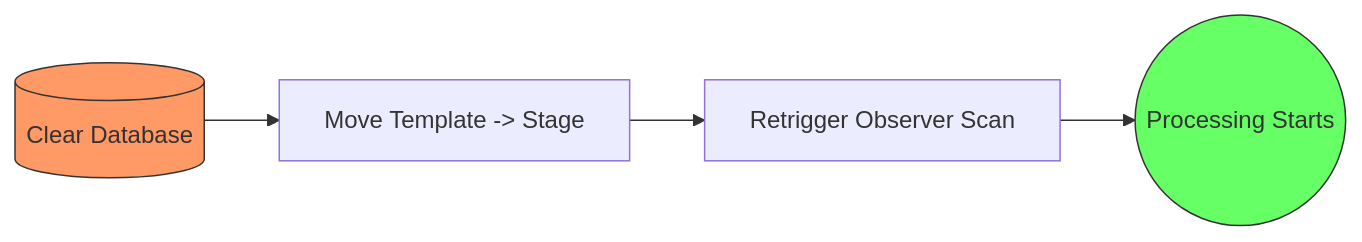
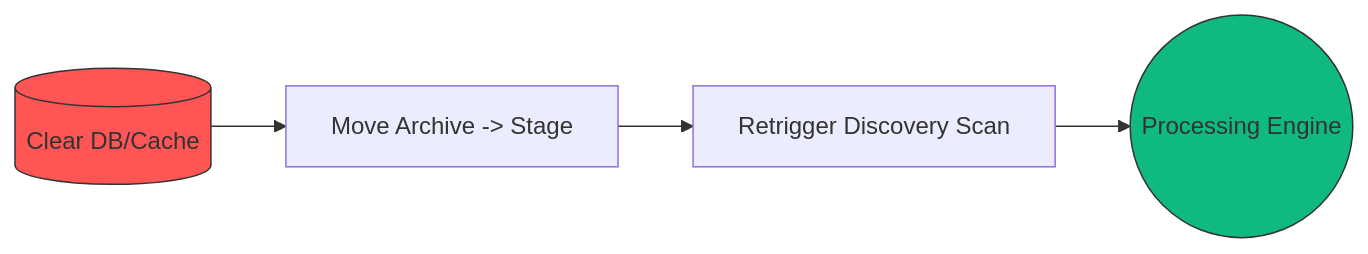
One commit to gnemet/SlideForge changed the second of 2 diagrams in docs/workflow.md. Above: the diagram before and after it, drawn with Mermaid. The commit also changed other lines of this file and 4 other files, not shown here.

````diff
--- a/docs/workflow.md
+++ b/docs/workflow.md
@@ -30,9 +40,9 @@
 ```mermaid
 graph LR
-    DB[(Clear Database)] --> MV[Move Template -> Stage]
-    MV --> SN[Retrigger Observer Scan]
-    SN --> PR((Processing Starts))
+    DB[(Clear DB/Cache)] --> MV[Move Archive -> Stage]
+    MV --> SN[Retrigger Discovery Scan]
+    SN --> PR((Processing Engine))
     
-    style DB fill:#f96,stroke:#333
-    style PR fill:#6f6,stroke:#333
+    style DB fill:#f55,stroke:#333
+    style PR fill:#10b981,stroke:#333
 ```
````
